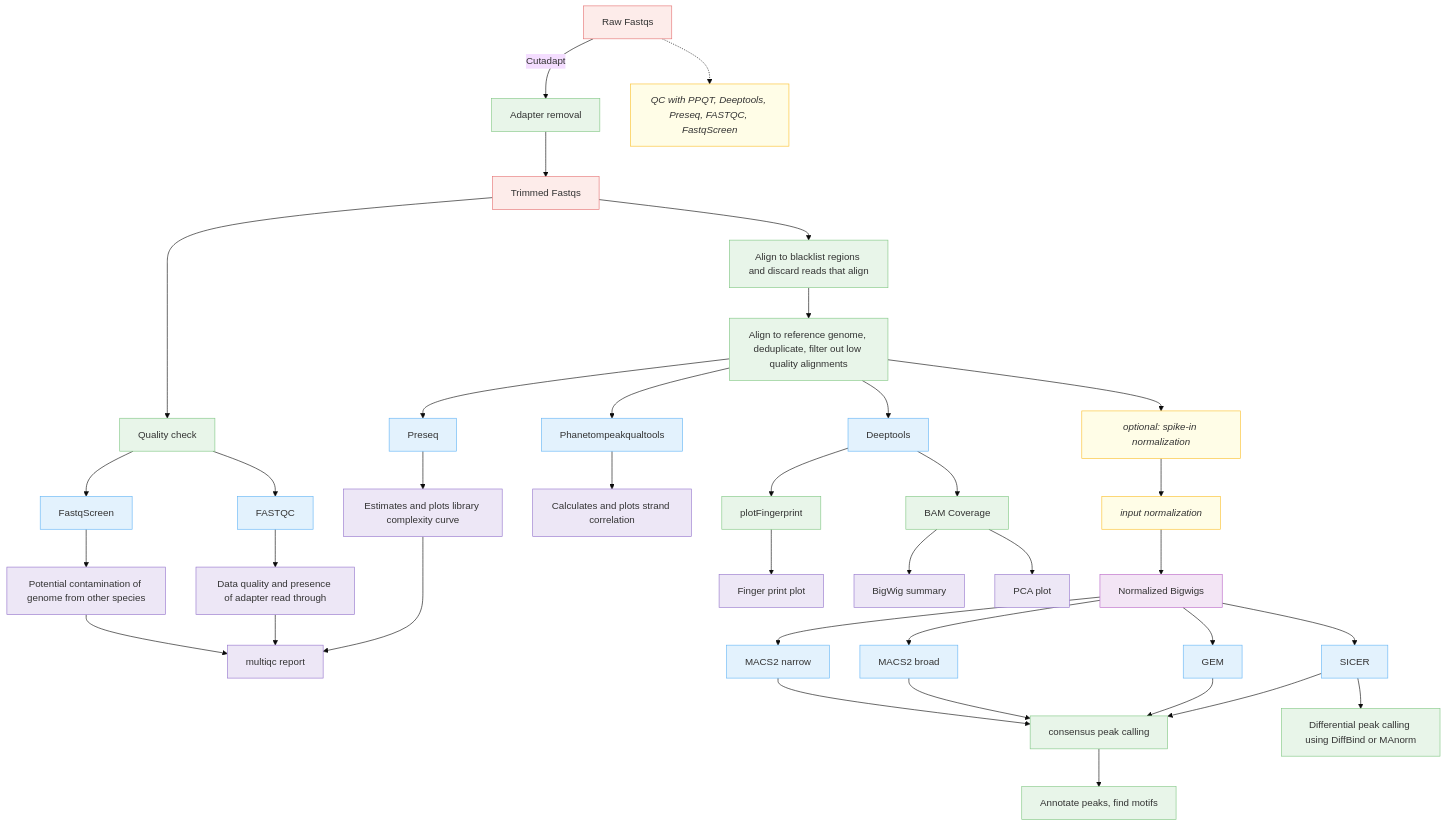
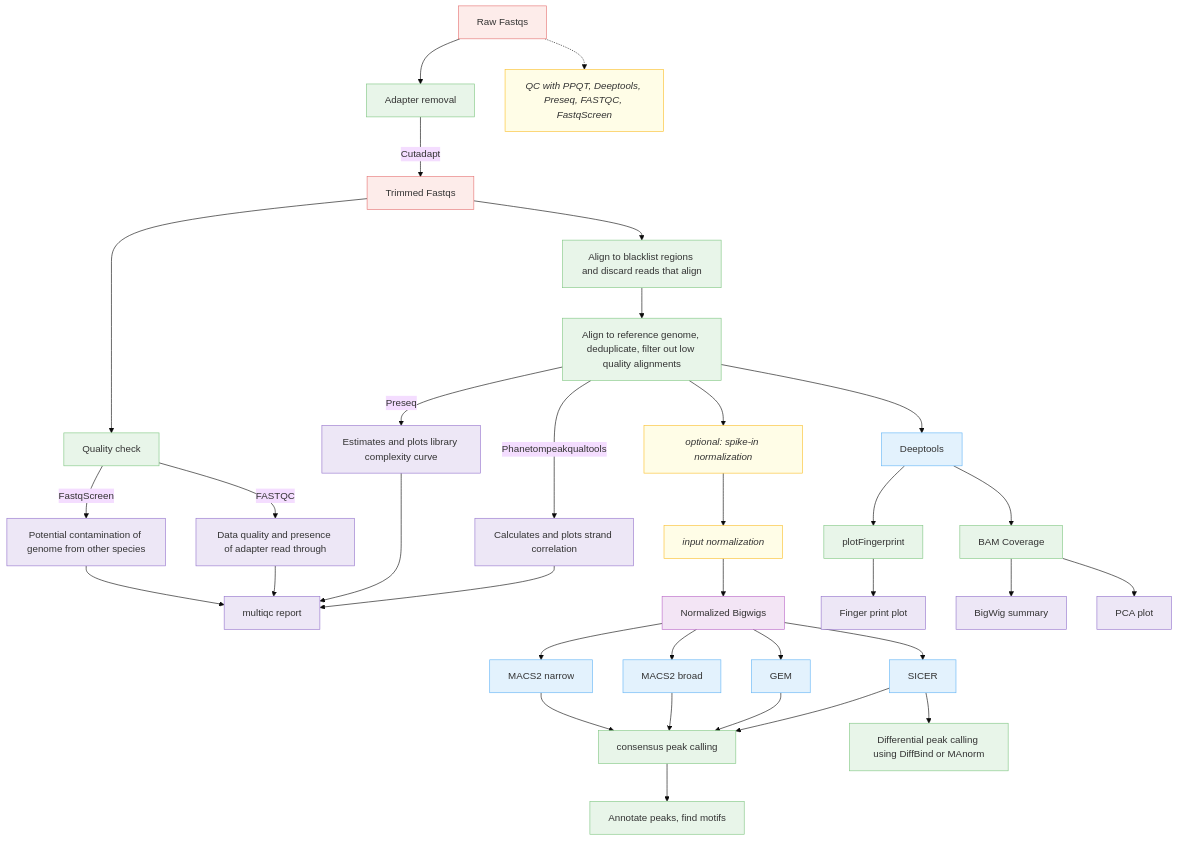
The first of 2 diagrams in docs/diagram/index.md (CCBR/CHAMPAGNE), drawn with Mermaid (base theme) before and after one commit.

Commit message:
Added more tools to the edges.

````diff
--- a/docs/diagram/index.md
+++ b/docs/diagram/index.md
@@ -3,81 +3,82 @@
 ```mermaid
 
 flowchart TB
 
   %% Input
   %%Raw["Raw Fastqs"]:::input -->|Adapter trimming| Trimmed["Trimmed Fastqs"]:::input
-  Raw["Raw Fastqs"]:::input -->  |Cutadapt| Trimming["Adapter removal"]:::process
-  Trimming --> Trimmed["Trimmed Fastqs"]:::input
+  Raw["Raw Fastqs"]:::input --> Trimming["Adapter removal"]:::process
+  Trimming --> |Cutadapt| Trimmed["Trimmed Fastqs"]:::input
   %%Adapter trimming --> Trimmed["Trimmed Fastqs"]:::input
   Raw -.-> QCnote["QC with PPQT, Deeptools, Preseq, FASTQC, FastqScreen"]:::note
   %%Trimmed --> Cutadapt["cutadapt"]:::process
   %%Cutadapt --> Trimmed
 
   %% Quality Control
   Trimmed --> QC["Quality check"]:::process
-  QC --> FastqScreen["FastqScreen"]:::tool
+  %%QC --> FastqScreen["FastqScreen"]:::tool
   MultiQC["multiqc report"]:::output
-  FastqScreen --> Contaminants["Potential contamination of genome from other species"]:::output
+  QC --> |FastqScreen| Contaminants["Potential contamination of genome from other species"]:::output
   Contaminants --> MultiQC
-  QC --> FASTQC["FASTQC"]:::tool
-  FASTQC --> QC_results["Data quality and presence of adapter read through"]:::output
+  %%QC --> FASTQC["FASTQC"]:::tool
+  QC --> |FASTQC| QC_results["Data quality and presence of adapter read through"]:::output
   QC_results --> MultiQC
   %%QC --> Phantom["Phantompeakqualtools"]:::tool
   %%QC --> Deeptools["Deeptools"]:::tool
 
   %% Blacklist filtering
   Trimmed --> Blacklist["Align to blacklist regions and discard reads that align"]:::process
 
   %% Preseq and alignment
   %%Align["Align to reference genome, deduplicate, filter out low quality alignments"]:::process --> Preseq["Preseq"]:::tool
   Blacklist --> Align["Align to reference genome, deduplicate, filter out low quality alignments"]:::process
-  Align --> Preseq["Preseq"]:::tool
-  Preseq --> Cc["Estimates and plots library complexity curve"]:::output
+  %%Align --> Preseq["Preseq"]:::tool
+  Align --> |Preseq| Cc["Estimates and plots library complexity curve"]:::output
   Cc ---> MultiQC
 
   %% Phantompeakqualtools and alignment
-  Align --> Ppqt["Phanetompeakqualtools"]:::tool
-  Ppqt --> Scc["Calculates and plots strand correlation"]:::output
+  %%Align --> Ppqt["Phanetompeakqualtools"]:::tool
+  Align --> |Phanetompeakqualtools| Scc["Calculates and plots strand correlation"]:::output
+  Scc --> MultiQC
 
   %% Spike-in normalization (optional)
   Align --> Spike["optional: spike-in normalization"]:::note
   Spike --> InputNorm["input normalization"]:::note
   InputNorm --> NormBigwigs["Normalized Bigwigs"]:::data
 
   %% Deeptools steps
   Align --> Deeptools2["Deeptools"]:::tool
   %%Deeptools2 --> Matrix["Compute matrix"]:::process
   Deeptools2 --> BAMcov["BAM Coverage"]:::process
   Deeptools2 --> Fingerprint["plotFingerprint"]:::process
   Fingerprint --> Fingerprintplot["Finger print plot"]:::output
 
   %%Matrix --> Heatmap["TSS profile plot and heatmap"]:::output
   BAMcov --> Bigwig["BigWig summary"]:::output
   BAMcov --> PCA["PCA plot"]:::output
   %%Matrix --> Correlation["Plot sample correlation"]:::output
 
   %% Peak calling
   NormBigwigs --> MACS2narrow["MACS2 narrow"]:::tool
   NormBigwigs --> MACS2broad["MACS2 broad"]:::tool
   NormBigwigs --> SICER["SICER"]:::tool
   NormBigwigs --> GEM["GEM"]:::tool
   
   MACS2narrow --> Consensus["consensus peak calling"]:::process
   MACS2broad --> Consensus
   GEM --> Consensus
   SICER --> Consensus
  
   SICER --> Diffbind["Differential peak calling using DiffBind or MAnorm"]:::process
 
   Consensus --> Annotate["Annotate peaks, find motifs"]:::process
   %%Annotate --> MultiQC["multiqc report"]:::output
   %%Diffbind --> MultiQC
 
   %% Styles
   classDef input fill:#fdecea,stroke:#e57373,stroke-width:1px;
   classDef process fill:#e8f5e9,stroke:#81c784,stroke-width:1px;
   classDef tool fill:#e3f2fd,stroke:#64b5f6,stroke-width:1px;
   classDef note fill:#fffde7,stroke:#fbc02d,stroke-width:1px,font-style:italic;
   classDef output fill:#ede7f6,stroke:#9575cd,stroke-width:1px;
   classDef data fill:#f3e5f5,stroke:#ba68c8,stroke-width:1px;
 ```
````
